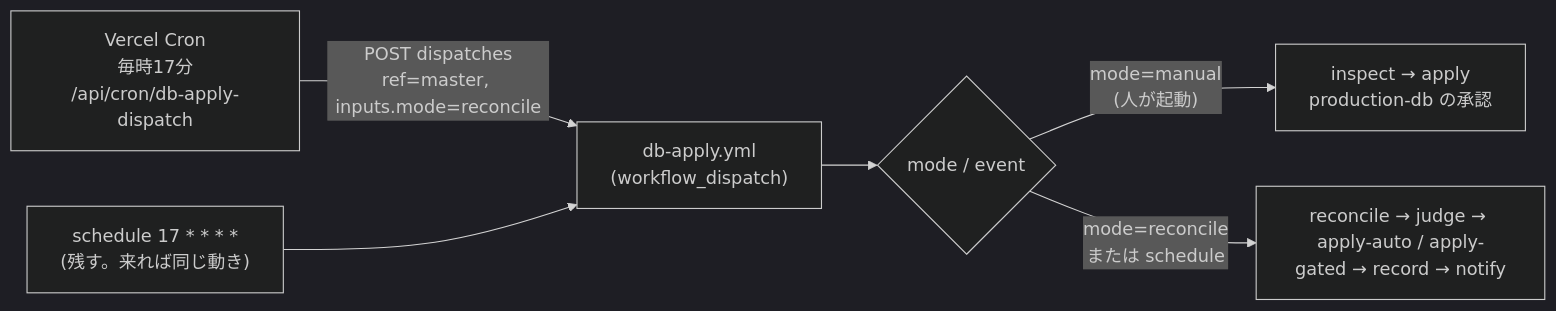
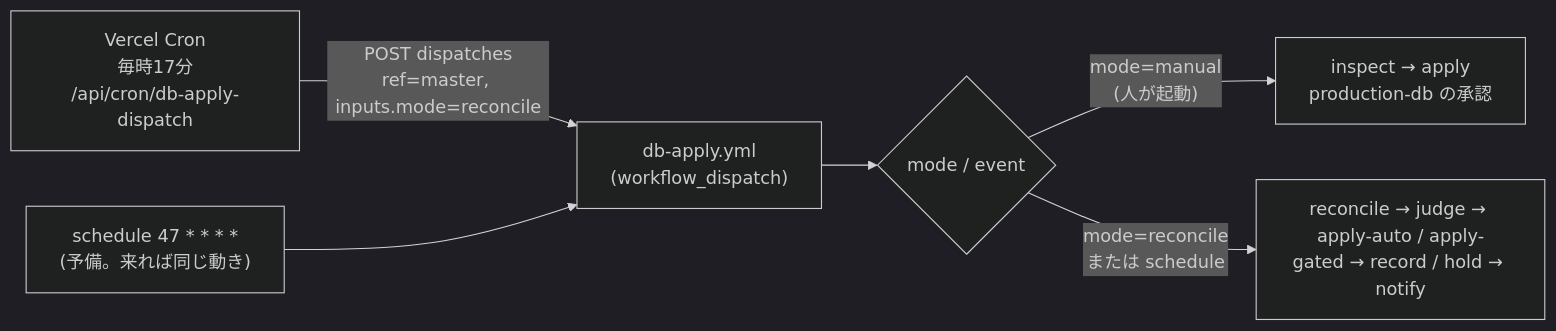
The first of 3 diagrams in docs/design/db-apply-automation-finish/plan.md (rhapsody0919/boatrace-ai-predictor), drawn with Mermaid (dark theme) before and after one commit. The commit also changed other lines of this file, not shown here.

Commit message:
docs: system-architect の審査の指摘を設計に反映する（保留の扱い・D' の条件・Vercel の経路ほか）

````diff
--- a/docs/design/db-apply-automation-finish/plan.md
+++ b/docs/design/db-apply-automation-finish/plan.md
@@ -26,8 +26,8 @@
 ```mermaid
 flowchart LR
   VC["Vercel Cron<br/>毎時17分<br/>/api/cron/db-apply-dispatch"] -->|"POST dispatches<br/>ref=master, inputs.mode=reconcile"| GH["db-apply.yml<br/>(workflow_dispatch)"]
-  SCH["schedule 17 * * * *<br/>(残す。来れば同じ動き)"] --> GH
+  SCH["schedule 47 * * * *<br/>(予備。来れば同じ動き)"] --> GH
   GH --> R{mode / event}
   R -->|"mode=manual<br/>(人が起動)"| I[inspect → apply<br/>production-db の承認]
-  R -->|"mode=reconcile<br/>または schedule"| RC[reconcile → judge → apply-auto / apply-gated → record → notify]
+  R -->|"mode=reconcile<br/>または schedule"| RC[reconcile → judge → apply-auto / apply-gated → record / hold → notify]
 ```
````
